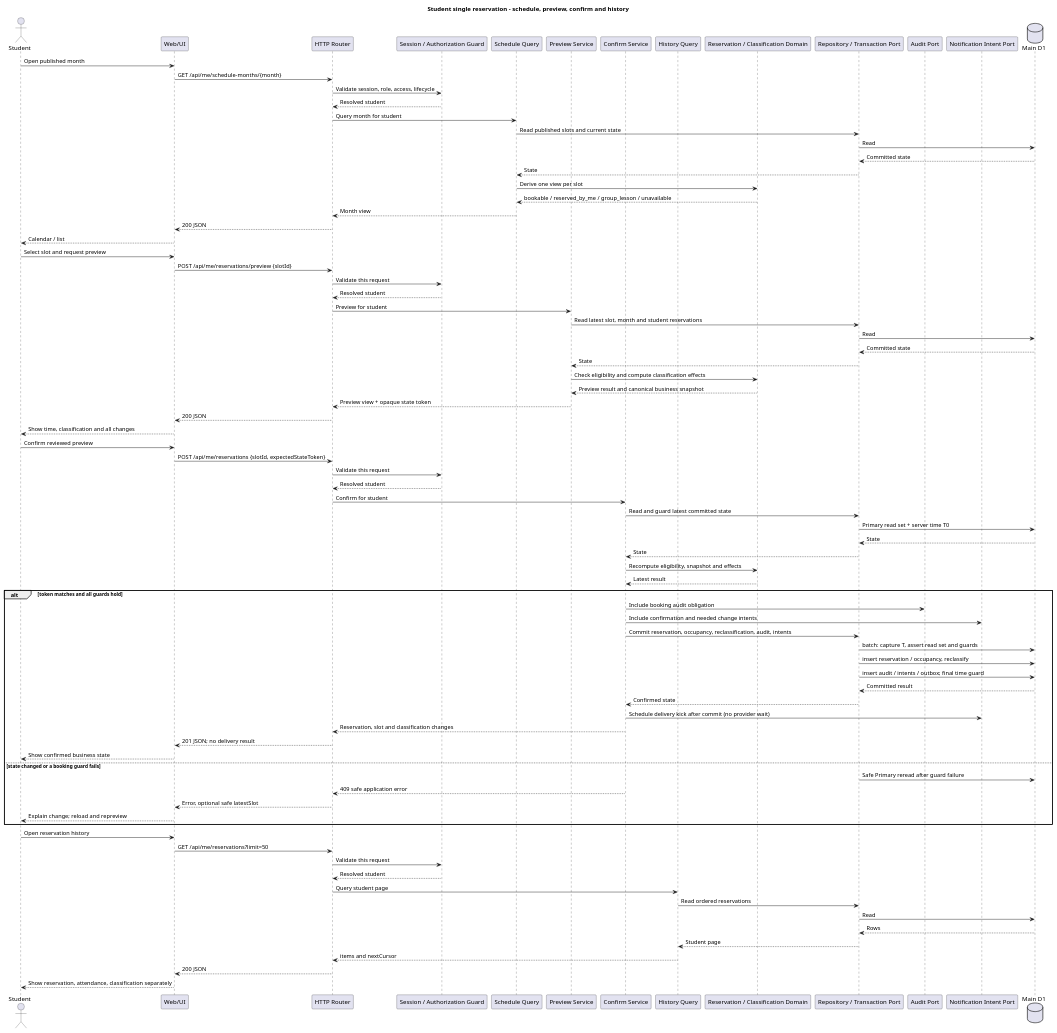
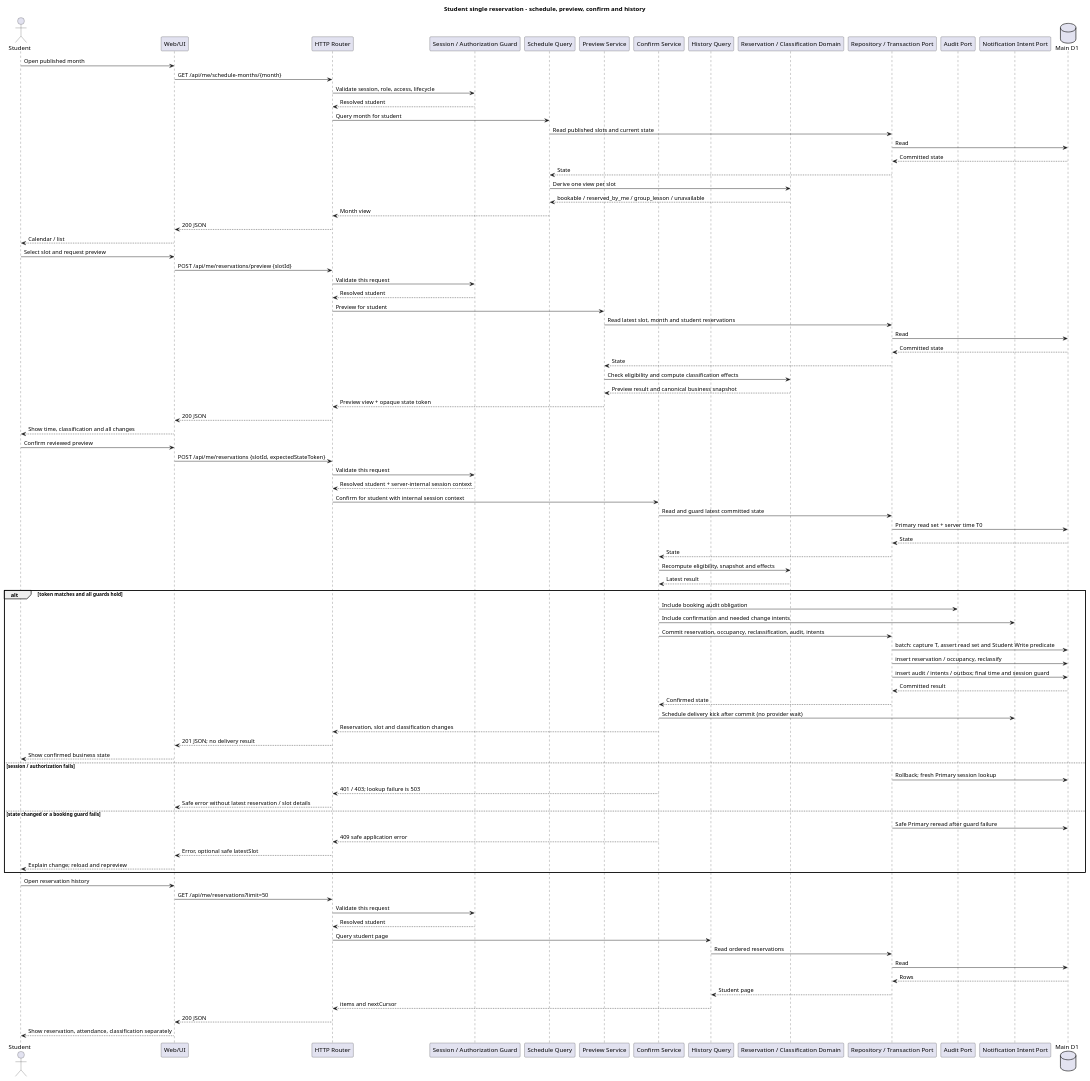
Before and after one commit to suzukure/nssscdl: the diagram in docs/diagrams/plantuml/student-reservation-sequence.puml, drawn with PlantUML. The commit also changed 7 other files, not shown here.

```diff
--- a/docs/diagrams/plantuml/student-reservation-sequence.puml
+++ b/docs/diagrams/plantuml/student-reservation-sequence.puml
@@ -1,92 +1,96 @@
 @startuml
 title Student single reservation - schedule, preview, confirm and history
 
 actor Student
 participant "Web/UI" as UI
 participant "HTTP Router" as HTTP
 participant "Session / Authorization Guard" as Guard
 participant "Schedule Query" as Schedule
 participant "Preview Service" as Preview
 participant "Confirm Service" as Confirm
 participant "History Query" as History
 participant "Reservation / Classification Domain" as Domain
 participant "Repository / Transaction Port" as Repo
 participant "Audit Port" as Audit
 participant "Notification Intent Port" as Intent
 database "Main D1" as D1
 
 Student -> UI: Open published month
 UI -> HTTP: GET /api/me/schedule-months/{month}
 HTTP -> Guard: Validate session, role, access, lifecycle
 Guard --> HTTP: Resolved student
 HTTP -> Schedule: Query month for student
 Schedule -> Repo: Read published slots and current state
 Repo -> D1: Read
 D1 --> Repo: Committed state
 Repo --> Schedule: State
 Schedule -> Domain: Derive one view per slot
 Domain --> Schedule: bookable / reserved_by_me / group_lesson / unavailable
 Schedule --> HTTP: Month view
 HTTP --> UI: 200 JSON
 UI --> Student: Calendar / list
 
 Student -> UI: Select slot and request preview
 UI -> HTTP: POST /api/me/reservations/preview {slotId}
 HTTP -> Guard: Validate this request
 Guard --> HTTP: Resolved student
 HTTP -> Preview: Preview for student
 Preview -> Repo: Read latest slot, month and student reservations
 Repo -> D1: Read
 D1 --> Repo: Committed state
 Repo --> Preview: State
 Preview -> Domain: Check eligibility and compute classification effects
 Domain --> Preview: Preview result and canonical business snapshot
 Preview --> HTTP: Preview view + opaque state token
 HTTP --> UI: 200 JSON
 UI --> Student: Show time, classification and all changes
 
 Student -> UI: Confirm reviewed preview
 UI -> HTTP: POST /api/me/reservations {slotId, expectedStateToken}
 HTTP -> Guard: Validate this request
-Guard --> HTTP: Resolved student
-HTTP -> Confirm: Confirm for student
+Guard --> HTTP: Resolved student + server-internal session context
+HTTP -> Confirm: Confirm for student with internal session context
 Confirm -> Repo: Read and guard latest committed state
 Repo -> D1: Primary read set + server time T0
 D1 --> Repo: State
 Repo --> Confirm: State
 Confirm -> Domain: Recompute eligibility, snapshot and effects
 Domain --> Confirm: Latest result
 alt token matches and all guards hold
   Confirm -> Audit: Include booking audit obligation
   Confirm -> Intent: Include confirmation and needed change intents
   Confirm -> Repo: Commit reservation, occupancy, reclassification, audit, intents
-  Repo -> D1: batch: capture T, assert read set and guards
+  Repo -> D1: batch: capture T, assert read set and Student Write predicate
   Repo -> D1: insert reservation / occupancy, reclassify
-  Repo -> D1: insert audit / intents / outbox; final time guard
+  Repo -> D1: insert audit / intents / outbox; final time and session guard
   D1 --> Repo: Committed result
   Repo --> Confirm: Confirmed state
   Confirm -> Intent: Schedule delivery kick after commit (no provider wait)
   Confirm --> HTTP: Reservation, slot and classification changes
   HTTP --> UI: 201 JSON; no delivery result
   UI --> Student: Show confirmed business state
+else session / authorization fails
+  Repo -> D1: Rollback; fresh Primary session lookup
+  Confirm --> HTTP: 401 / 403; lookup failure is 503
+  HTTP --> UI: Safe error without latest reservation / slot details
 else state changed or a booking guard fails
   Repo -> D1: Safe Primary reread after guard failure
   Confirm --> HTTP: 409 safe application error
   HTTP --> UI: Error, optional safe latestSlot
   UI --> Student: Explain change; reload and repreview
 end
 
 Student -> UI: Open reservation history
 UI -> HTTP: GET /api/me/reservations?limit=50
 HTTP -> Guard: Validate this request
 Guard --> HTTP: Resolved student
 HTTP -> History: Query student page
 History -> Repo: Read ordered reservations
 Repo -> D1: Read
 D1 --> Repo: Rows
 Repo --> History: Student page
 History --> HTTP: items and nextCursor
 HTTP --> UI: 200 JSON
 UI --> Student: Show reservation, attendance, classification separately
 
 @enduml
```
